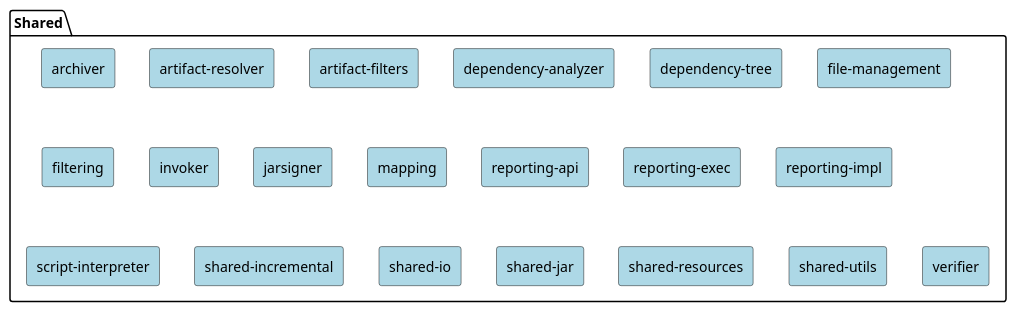
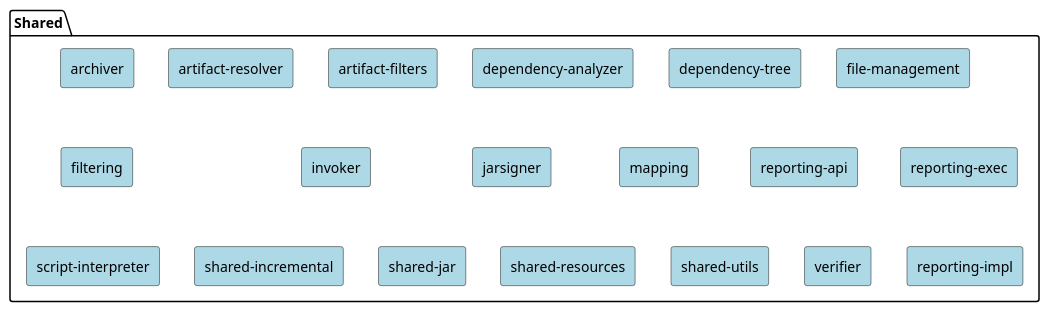
One commit to apache/maven-site changed the diagram in src/plantuml/maven-sources/shared.puml. Above: the diagram before and after it, drawn with PlantUML. The commit also changed 2 other files, not shown here.

Commit message:
Remove Maven Shared IO from the shared index and SCM page
The component was retired by the vote that passed on 2026-09-08, and 3.1.0
is its final release:
https://lists.apache.org/thread/8yv15hv6150vwt1qlgqvmpqxbf2jwpc0

The shared index has no retired table: earlier retired shared components
were removed from it the same way, and their documentation stays reachable
through the shared-archives page. The PlantUML chain behind the diagram on
scm.html is rewired so shared-incremental points straight at shared-jar.

```diff
--- a/src/plantuml/maven-sources/shared.puml
+++ b/src/plantuml/maven-sources/shared.puml
@@ -19,79 +19,76 @@
 @startuml
 
 <style>
     rectangle {
         BackgroundColor LightBlue
     }
 }
 </style>
 
 package "Shared" {
   rectangle "archiver"
   rectangle "artifact-resolver"
   rectangle "artifact-filters"
   rectangle "dependency-analyzer"
   rectangle "dependency-tree"
   rectangle "file-management"
   rectangle "filtering"
   rectangle "invoker"
   rectangle "jarsigner"
   rectangle "mapping"
   rectangle "reporting-api"
   rectangle "reporting-exec"
   rectangle "reporting-impl"
   rectangle "script-interpreter"
   rectangle "shared-incremental"
-  rectangle "shared-io"
   rectangle "shared-jar"
   rectangle "shared-resources"
   rectangle "shared-utils"
   rectangle "verifier"
 }
 
 'hidden dependencies to change layout
 "archiver" -[hidden]down-> "filtering"
 "filtering" -[hidden]down-> "script-interpreter"
 
 "archiver" -[hidden]> "artifact-resolver"
 "artifact-resolver" -[hidden]> "artifact-filters"
 "artifact-filters" -[hidden]> "dependency-analyzer"
 "dependency-analyzer" -[hidden]> "dependency-tree"
 "dependency-tree" -[hidden]> "file-management"
 
 "filtering" -[hidden]> "invoker"
 "invoker" -[hidden]> "jarsigner"
 "jarsigner" -[hidden]> "mapping"
 "mapping" -[hidden]> "reporting-api"
 "reporting-api" -[hidden]> "reporting-exec"
 "reporting-exec" -[hidden]> "reporting-impl"
 "reporting-impl" -[hidden]> "script-interpreter"
 
 "script-interpreter" -[hidden]> "shared-incremental"
-"shared-incremental" -[hidden]> "shared-io"
-"shared-io" -[hidden]> "shared-jar"
+"shared-incremental" -[hidden]> "shared-jar"
 "shared-jar" -[hidden]> "shared-resources"
 "shared-resources" -[hidden]> "shared-utils"
 "shared-utils" -[hidden]> "verifier"
 
 
 url of "archiver" is [[https://github.com/apache/maven-archiver]]
 url of "artifact-resolver" is [[https://github.com/apache/maven-resolver]]
 url of "artifact-filters" is [[https://github.com/apache/maven-common-artifact-filters]]
 url of "dependency-analyzer" is [[https://github.com/apache/maven-dependency-analyzer]]
 url of "dependency-tree" is [[https://github.com/apache/maven-dependency-tree]]
 url of "file-management" is [[https://github.com/apache/maven-file-management]]
 url of "filtering" is [[https://github.com/apache/maven-filtering]]
 url of "invoker" is [[https://github.com/apache/maven-invoker]]
 url of "jarsigner" is [[https://github.com/apache/maven-jarsigner]]
 url of "mapping" is [[https://github.com/apache/maven-mapping]]
 url of "reporting-api" is [[https://github.com/apache/maven-reporting-api]]
 url of "reporting-exec" is [[https://github.com/apache/maven-reporting-exec]]
 url of "reporting-impl" is [[https://github.com/apache/maven-reporting-impl]]
 url of "script-interpreter" is [[https://github.com/apache/maven-script-interpreter]]
 url of "shared-incremental" is [[https://github.com/apache/maven-shared-incremental]]
-url of "shared-io" is [[https://github.com/apache/maven-shared-io]]
 url of "shared-jar" is [[https://github.com/apache/maven-shared-jar]]
 url of "shared-resources" is [[https://github.com/apache/maven-shared-resources]]
 url of "shared-utils" is [[https://github.com/apache/maven-shared-utils]]
 url of "verifier" is [[https://github.com/apache/maven-verifier]]
 @enduml
```
